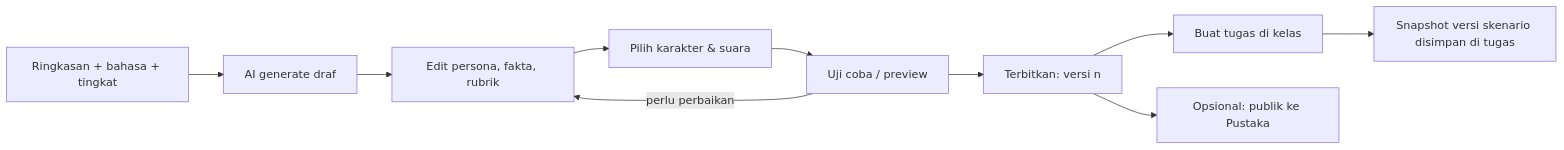
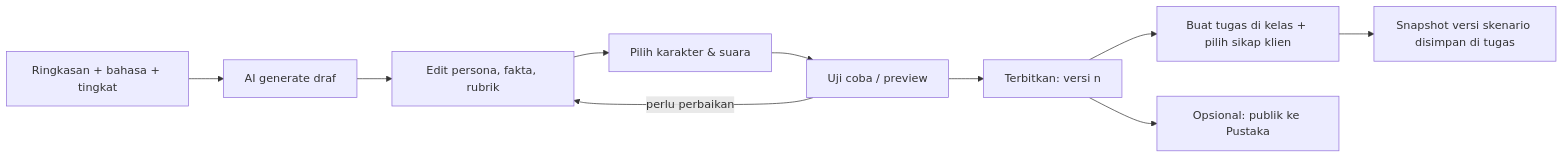
The second of 4 diagrams in docs/workflow.md (adrielwalintukan/interviewAI), drawn with Mermaid before and after one commit. The commit also changed other lines of this file and 23 other files, not shown here.

First line of the commit message:
feat(tugas): sikap klien Mudah/Normal/Sulit saat memberi tugas (#49)

````diff
--- a/docs/workflow.md
+++ b/docs/workflow.md
@@ -26,12 +26,12 @@
 ```mermaid
 flowchart LR
   A[Ringkasan + bahasa + tingkat] --> B[AI generate draf]
   B --> C[Edit persona, fakta, rubrik]
   C --> D[Pilih karakter & suara]
   D --> E[Uji coba / preview]
   E -->|perlu perbaikan| C
   E --> F[Terbitkan: versi n]
-  F --> G[Buat tugas di kelas]
+  F --> G[Buat tugas di kelas + pilih sikap klien]
   F --> H[Opsional: publik ke Pustaka]
   G --> I[Snapshot versi skenario disimpan di tugas]
 ```
````
